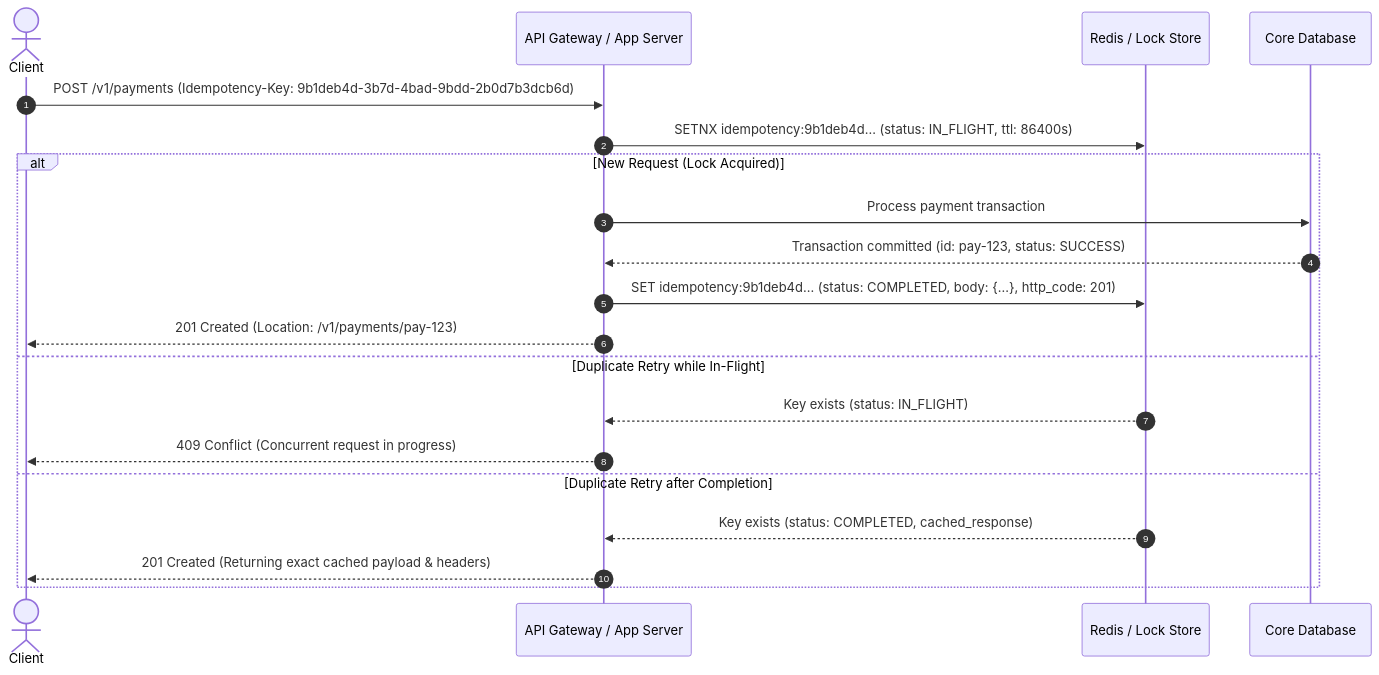
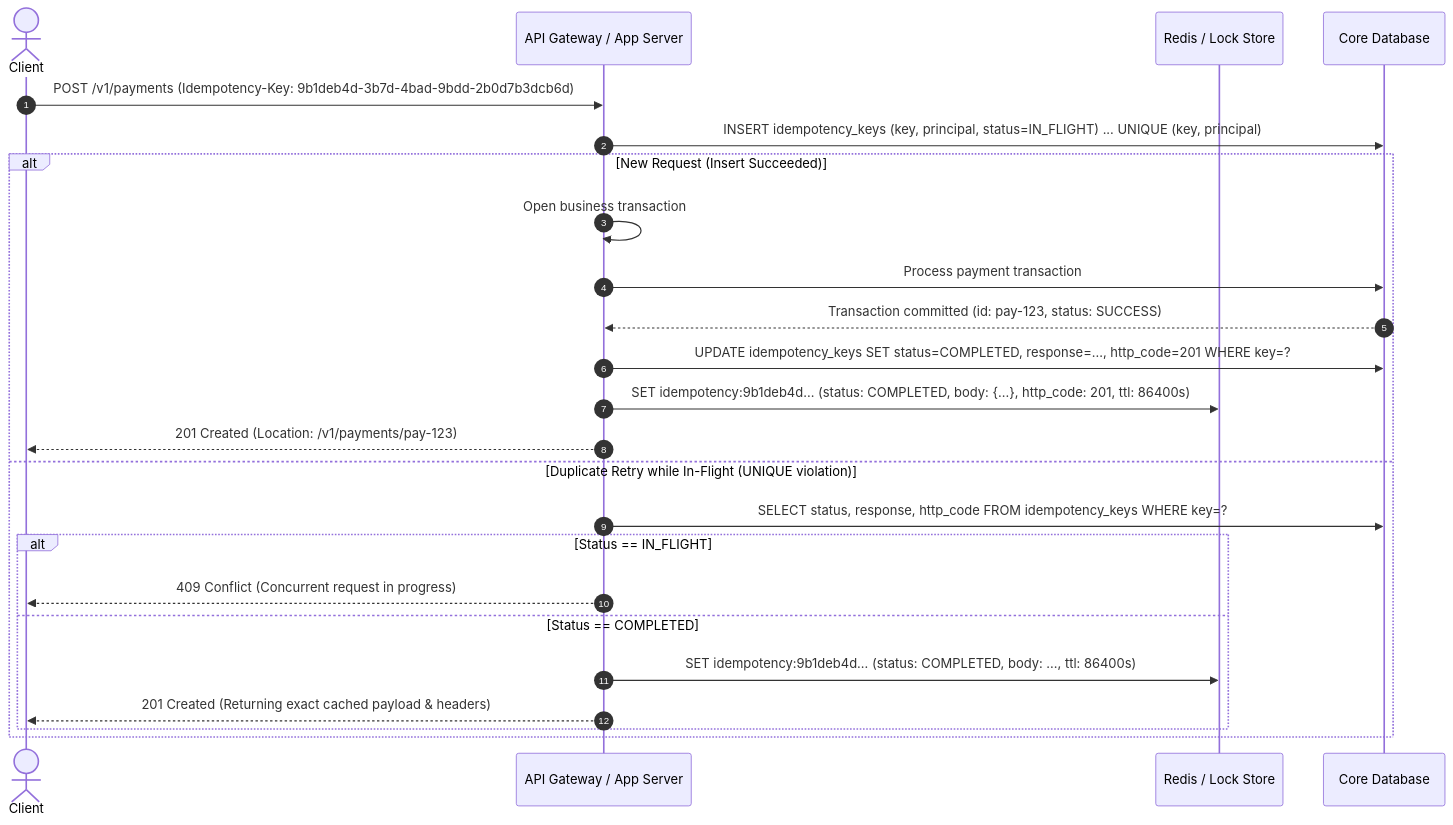
Before and after one commit to 09641061/airi: the diagram in home/skills/software-engineering/software-architecture/http-api-design/references/method-semantics.md, drawn with Mermaid. The commit also changed other lines of this file and 22 other files, not shown here.

````diff
--- a/home/skills/software-engineering/software-architecture/http-api-design/references/method-semantics.md
+++ b/home/skills/software-engineering/software-architecture/http-api-design/references/method-semantics.md
@@ -28,23 +30,27 @@
 ```mermaid
 sequenceDiagram
     autonumber
     actor Client
     participant Gateway as API Gateway / App Server
     participant Cache as Redis / Lock Store
     participant DB as Core Database
 
     Client->>Gateway: POST /v1/payments (Idempotency-Key: 9b1deb4d-3b7d-4bad-9bdd-2b0d7b3dcb6d)
-    Gateway->>Cache: SETNX idempotency:9b1deb4d... (status: IN_FLIGHT, ttl: 86400s)
-    alt New Request (Lock Acquired)
+    Gateway->>DB: INSERT idempotency_keys (key, principal, status=IN_FLIGHT) ... UNIQUE (key, principal)
+    alt New Request (Insert Succeeded)
+        Gateway->>Gateway: Open business transaction
         Gateway->>DB: Process payment transaction
         DB-->>Gateway: Transaction committed (id: pay-123, status: SUCCESS)
-        Gateway->>Cache: SET idempotency:9b1deb4d... (status: COMPLETED, body: {...}, http_code: 201)
+        Gateway->>DB: UPDATE idempotency_keys SET status=COMPLETED, response=..., http_code=201 WHERE key=?
+        Gateway->>Cache: SET idempotency:9b1deb4d... (status: COMPLETED, body: {...}, http_code: 201, ttl: 86400s)
         Gateway-->>Client: 201 Created (Location: /v1/payments/pay-123)
-    else Duplicate Retry while In-Flight
-        Cache-->>Gateway: Key exists (status: IN_FLIGHT)
-        Gateway-->>Client: 409 Conflict (Concurrent request in progress)
-    else Duplicate Retry after Completion
-        Cache-->>Gateway: Key exists (status: COMPLETED, cached_response)
-        Gateway-->>Client: 201 Created (Returning exact cached payload & headers)
+    else Duplicate Retry while In-Flight (UNIQUE violation)
+        Gateway->>DB: SELECT status, response, http_code FROM idempotency_keys WHERE key=?
+        alt Status == IN_FLIGHT
+            Gateway-->>Client: 409 Conflict (Concurrent request in progress)
+        else Status == COMPLETED
+            Gateway->>Cache: SET idempotency:9b1deb4d... (status: COMPLETED, body: ..., ttl: 86400s)
+            Gateway-->>Client: 201 Created (Returning exact cached payload & headers)
+        end
     end
 ```
````
